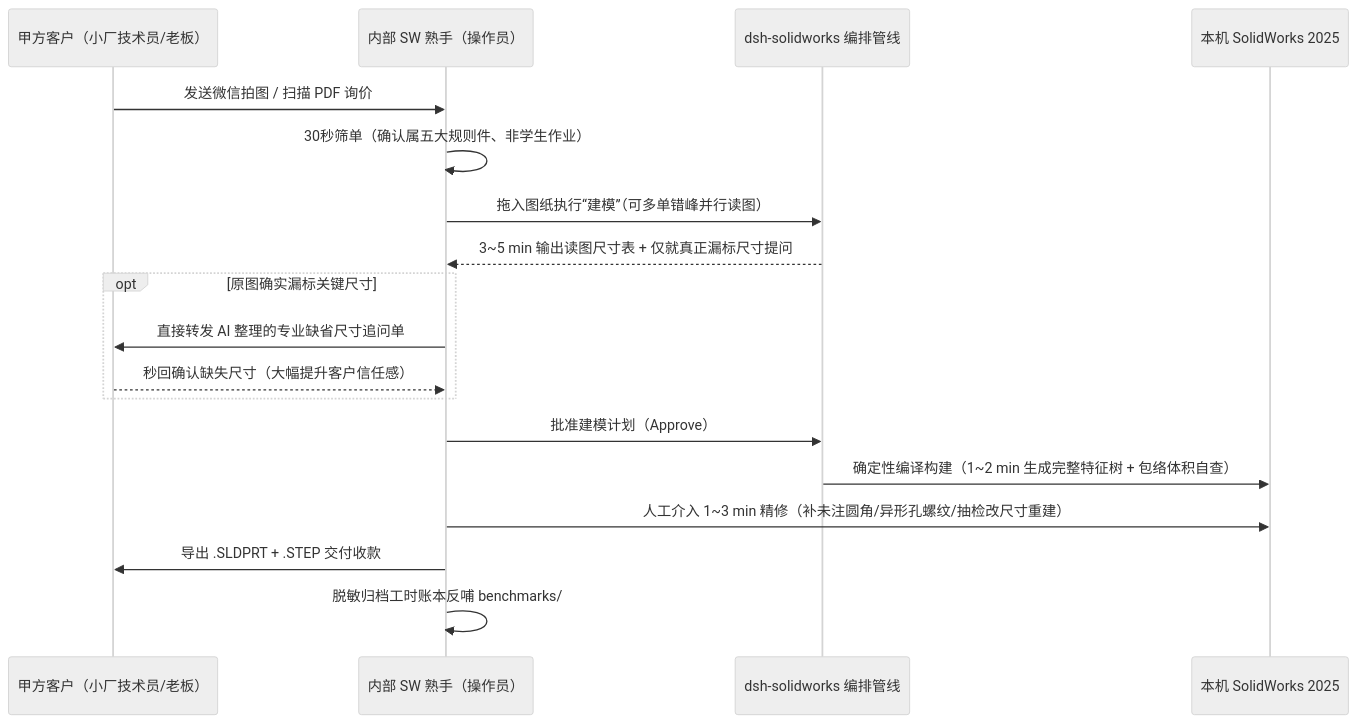
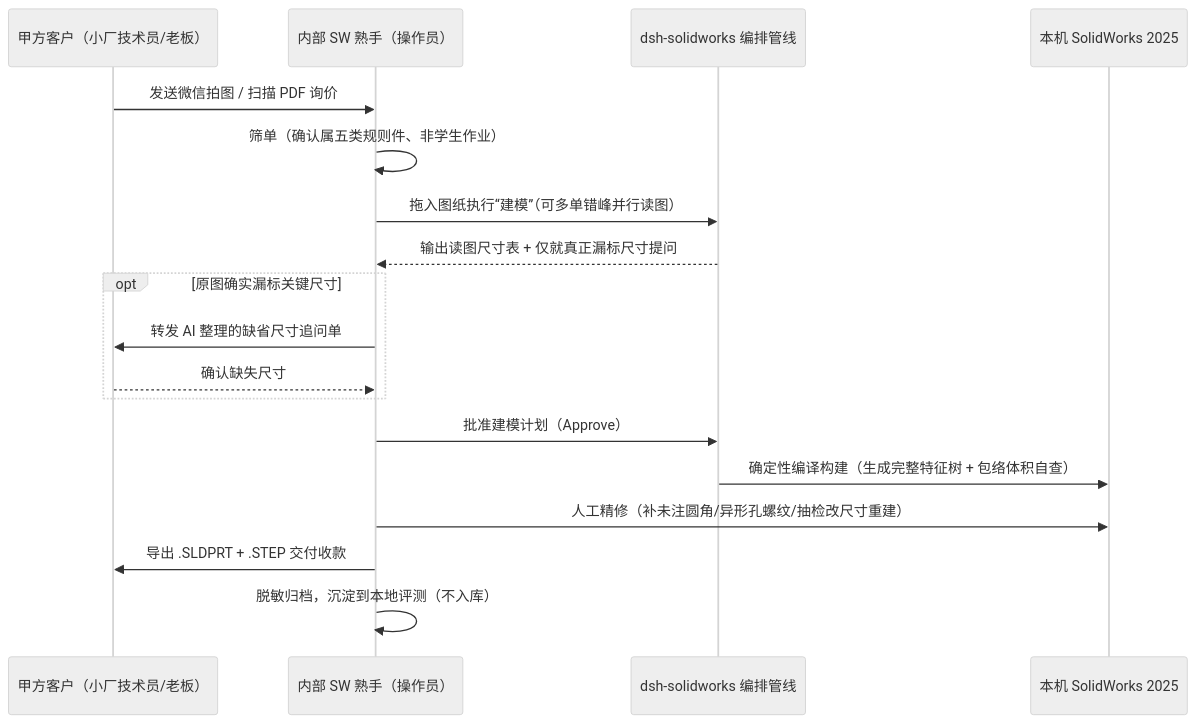
Before and after one commit to tian-yu200/dsh-solidworks: the second of 2 diagrams in docs/产品演进与商业化落地指南.md, drawn with Mermaid (neutral theme). The commit also changed other lines of this file and 6 other files, not shown here.

````diff
--- a/docs/产品演进与商业化落地指南.md
+++ b/docs/产品演进与商业化落地指南.md
@@ -112,21 +114,21 @@
 ```mermaid
 sequenceDiagram
     participant C as 甲方客户（小厂技术员/老板）
     participant H as 内部 SW 熟手（操作员）
     participant AI as dsh-solidworks 编排管线
     participant SW as 本机 SolidWorks 2025
 
     C->>H: 发送微信拍图 / 扫描 PDF 询价
-    H->>H: 30秒筛单（确认属五大规则件、非学生作业）
+    H->>H: 筛单（确认属五类规则件、非学生作业）
     H->>AI: 拖入图纸执行“建模”（可多单错峰并行读图）
-    AI-->>H: 3~5 min 输出读图尺寸表 + 仅就真正漏标尺寸提问
+    AI-->>H: 输出读图尺寸表 + 仅就真正漏标尺寸提问
     opt 原图确实漏标关键尺寸
-        H->>C: 直接转发 AI 整理的专业缺省尺寸追问单
-        C-->>H: 秒回确认缺失尺寸（大幅提升客户信任感）
+        H->>C: 转发 AI 整理的缺省尺寸追问单
+        C-->>H: 确认缺失尺寸
     end
     H->>AI: 批准建模计划（Approve）
-    AI->>SW: 确定性编译构建（1~2 min 生成完整特征树 + 包络体积自查）
-    H->>SW: 人工介入 1~3 min 精修（补未注圆角/异形孔螺纹/抽检改尺寸重建）
+    AI->>SW: 确定性编译构建（生成完整特征树 + 包络体积自查）
+    H->>SW: 人工精修（补未注圆角/异形孔螺纹/抽检改尺寸重建）
     H->>C: 导出 .SLDPRT + .STEP 交付收款
-    H->>H: 脱敏归档工时账本反哺 benchmarks/
+    H->>H: 脱敏归档，沉淀到本地评测（不入库）
 ```
````
